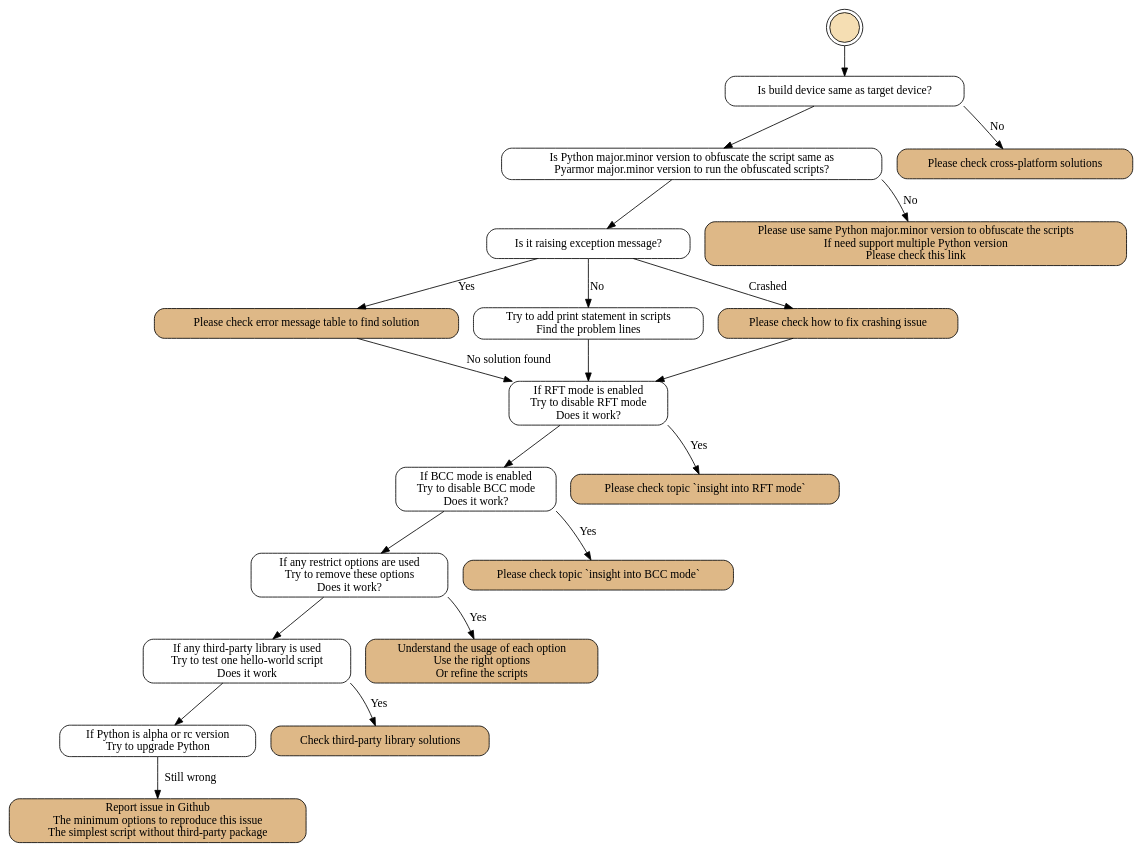
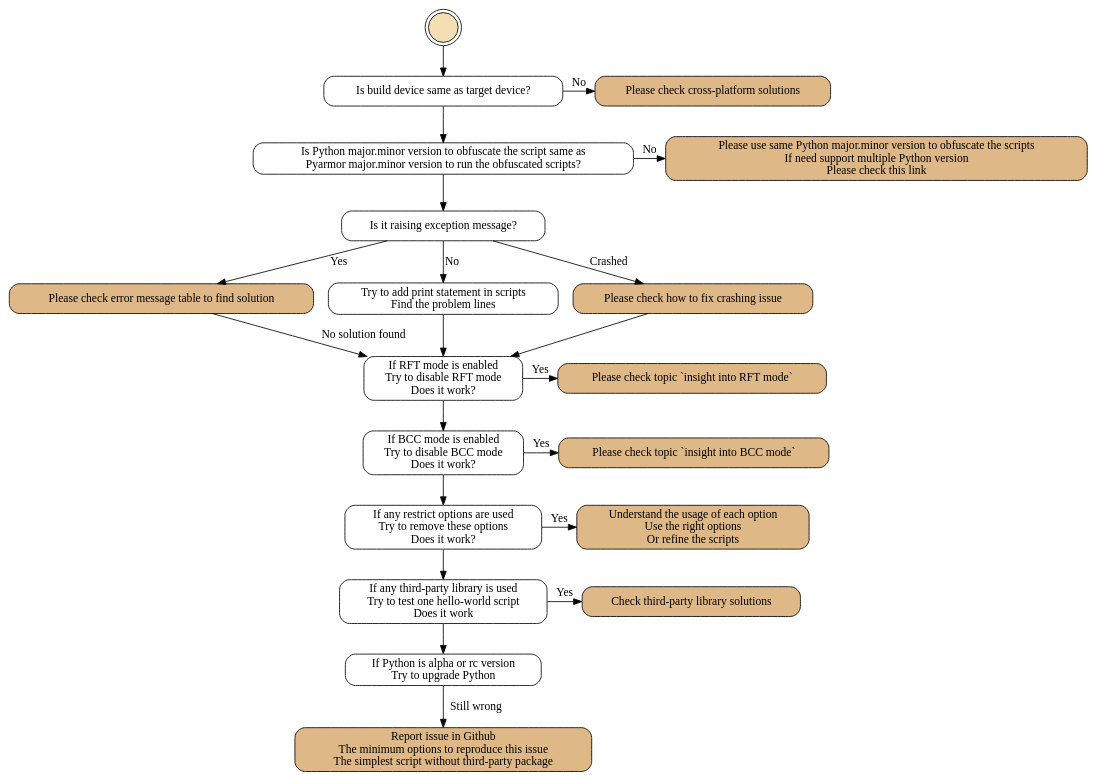
The third of 5 diagrams in pyarmor/learn/en/how-to.rst (dashingsoft/dashingsoft.github.io), drawn with Graphviz before and after one commit. The commit also changed other lines of this file and 1 other file, not shown here.

Commit message:
Refine graph with rand=same

```diff
--- a/pyarmor/learn/en/how-to.rst
+++ b/pyarmor/learn/en/how-to.rst
@@ -119,78 +118,77 @@
 .. graphviz::
    :caption: Fix issues when executing obfuscated script
    :align: center
    :name: graph-run-obfuscated-script-issue
 
    digraph G {
       node [shape=box, style=rounded]
 
       start [shape="doublecircle", label="",
              style="filled", fillcolor="wheat"]
 
       subgraph P0 {
           rankdir="TB"
           style="setlinewidth(0)"
 
           s1 [label="Is build device same as target device?"]
           s2 [label="Is Python major.minor version to obfuscate the script same as\nPyarmor major.minor version to run the obfuscated scripts?"]
           s3 [label="Is it raising exception message?"]
           s4 [label="If RFT mode is enabled\nTry to disable RFT mode\nDoes it work?"]
           s5 [label="If BCC mode is enabled\nTry to disable BCC mode\nDoes it work?"]
           s6 [label="If any restrict options are used\nTry to remove these options\nDoes it work?"]
           s7 [label="If any third-party library is used\nTry to test one hello-world script\nDoes it work"]
           s8 [label="If Python is alpha or rc version\nTry to upgrade Python"]
 
           s1 -> s2 -> s3
           s4 -> s5 -> s6 -> s7 -> s8
       }
 
       start -> s1
 
       subgraph P1 {
           node [
              style="filled,rounded",
              fillcolor="burlywood",
              ]
           n1 [
               href="https://pyarmor.readthedocs.io/en/latest/tutorial/advanced.html#generating-cross-platform-scripts"
               label="Please check cross-platform solutions"]
           n2 [
               href="https://pyarmor.readthedocs.io/en/latest/tutorial/advanced.html#support-multiple-python-versions"
               label="Please use same Python major.minor version to obfuscate the scripts\nIf need support multiple Python version\nPlease check this link"]
           n3 [href="https://pyarmor.readthedocs.io/en/latest/reference/errors.html"
               label="Please check error message table to find solution"]
           n4 [style=rounded
               label="Try to add print statement in scripts\nFind the problem lines"]
           n5 [href="#graph-fix-runtime-crash-issue"
               label="Please check how to fix crashing issue"]
           n6 [
               href="https://pyarmor.readthedocs.io/en/latest/topic/rftmode.html"
               label="Please check topic `insight into RFT mode`"]
           n7 [
               href="https://pyarmor.readthedocs.io/en/latest/topic/bccmode.html"
               label="Please check topic `insight into BCC mode`"]
           n8 [href="https://pyarmor.readthedocs.io/en/latest/reference/man.html#pyarmor-gen"
               label="Understand the usage of each option\nUse the right options\nOr refine the scripts"]
           n9 [href="https://pyarmor.readthedocs.io/en/latest/how-to/third-party.html"
               label="Check third-party library solutions"]
           n10 [href="https://github.com/dashingsoft/pyarmor/issues"
                label="Report issue in Github\nThe minimum options to reproduce this issue\nThe simplest script without third-party package"]
       }
 
       s3 -> n3 [label="Yes"]
       s3 -> n4 [label="No"]
       s3 -> n5 [label="Crashed"]
       n3 -> s4 [label="No solution found"]
       s8 -> n10 [label="Still wrong"]
 
       n4 -> s4
       n5 -> s4
 
-      edge [tailport=se]
-      s1 -> n1 [label="No"]
-      s2 -> n2 [label="No"]
-      s4 -> n6 [label="Yes"]
-      s5 -> n7 [label="Yes"]
-      s6 -> n8 [label="Yes"]
-      s7 -> n9 [label="Yes"]
+      rank=same { s1 -> n1 [label="No"] }
+      rank=same { s2 -> n2 [label="No"] }
+      rank=same { s4 -> n6 [label="Yes"] }
+      rank=same { s5 -> n7 [label="Yes"] }
+      rank=same { s6 -> n8 [label="Yes"] }
+      rank=same { s7 -> n9 [label="Yes"] }
    }
```
